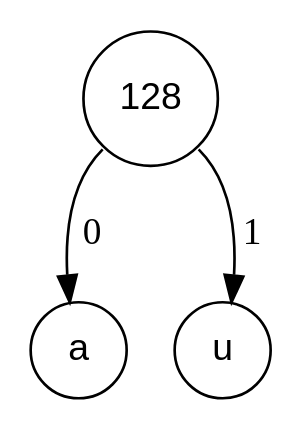
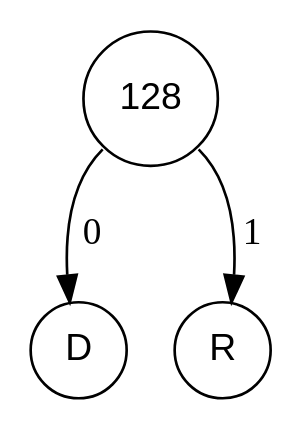
One commit to Procuste34/codage_huffman_c changed the diagram in fichiers_viz/arbre_codage_etape_1.dot. Above: the diagram before and after it, drawn with Graphviz. The commit also changed 22 other files, not shown here.

```diff
--- a/fichiers_viz/arbre_codage_etape_1.dot
+++ b/fichiers_viz/arbre_codage_etape_1.dot
@@ -1,8 +1,8 @@
 digraph POT_test {
 node [fontname="Arial", shape="circle", width=0.5];
 128 [label = "128"]
-97 [label = "a"]
-117 [label = "u"]
-128:sw -> 97 [label = " 0"]
-128:se -> 117 [label = " 1"]
+68 [label = "D"]
+82 [label = "R"]
+128:sw -> 68 [label = " 0"]
+128:se -> 82 [label = " 1"]
 }
```
